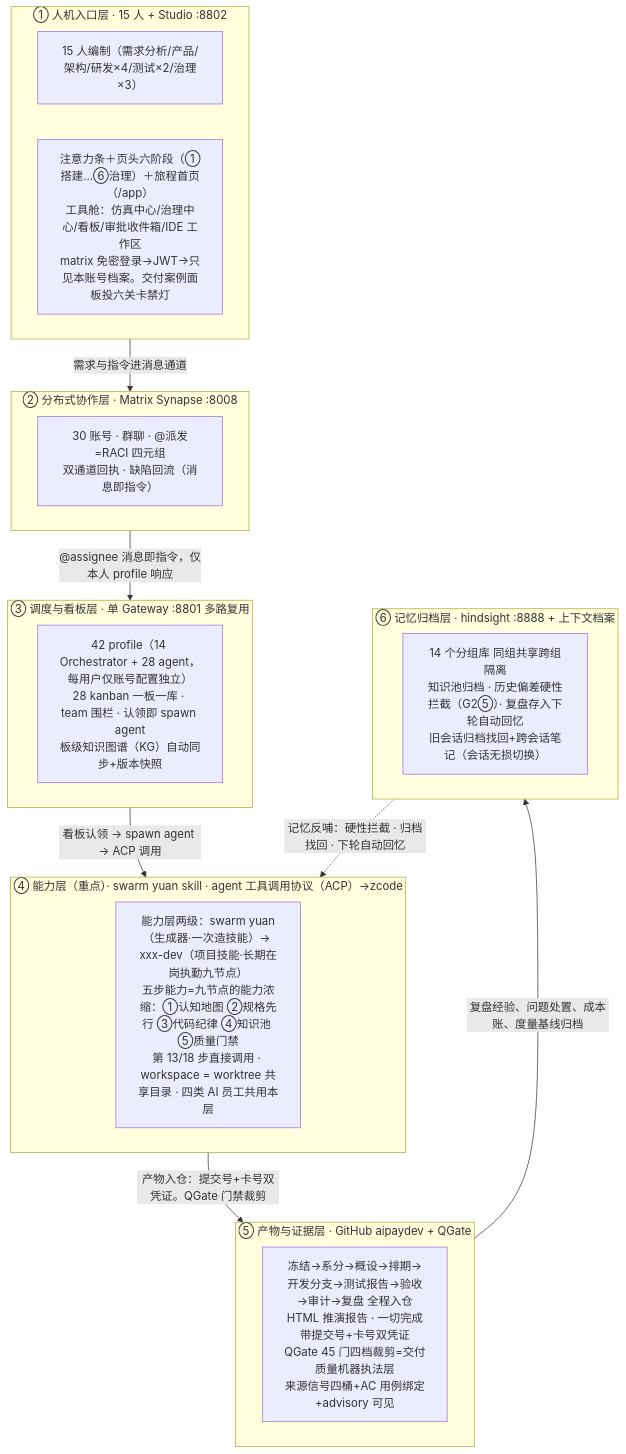
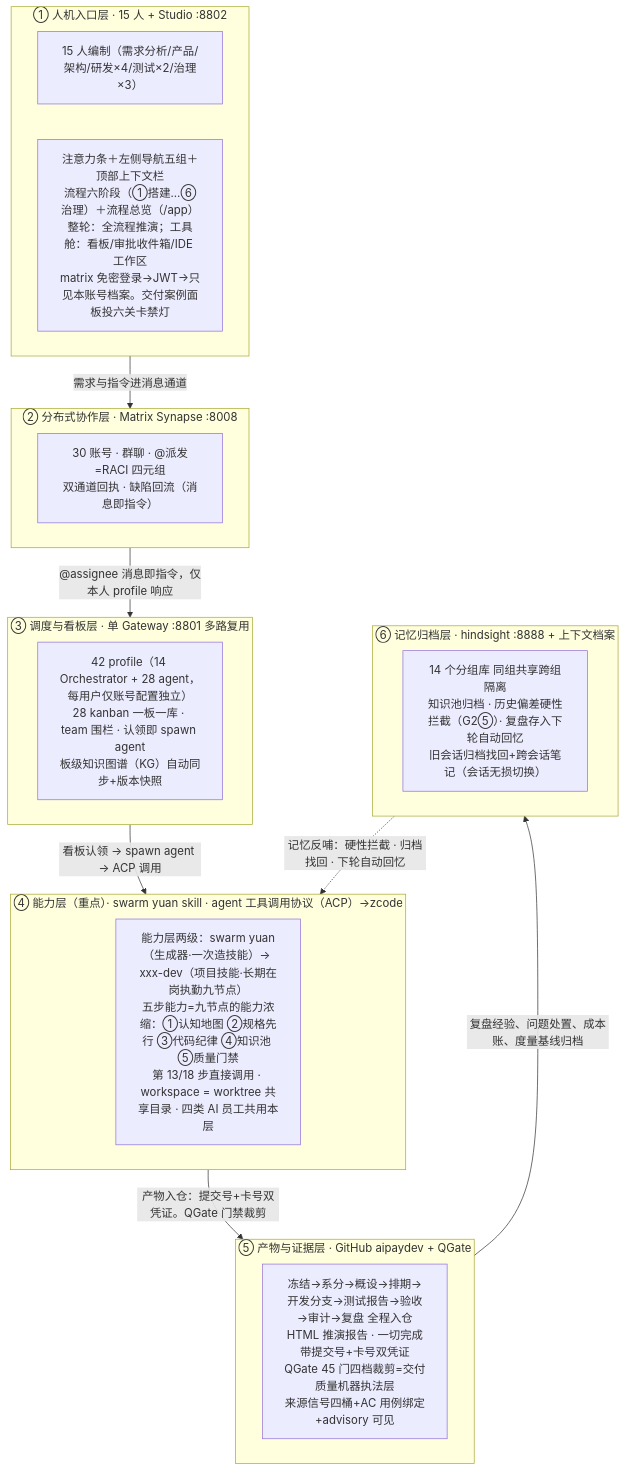
The second of 3 diagrams in docs/superpowers/specs/2026-10-05-mux-v8-fullflow-plan.md (issac-new/AIStudio), drawn with Mermaid before and after one commit. The commit also changed other lines of this file and 2 other files, not shown here.

````diff
--- a/docs/superpowers/specs/2026-10-05-mux-v8-fullflow-plan.md
+++ b/docs/superpowers/specs/2026-10-05-mux-v8-fullflow-plan.md
@@ -377,28 +381,28 @@
 ```mermaid
 graph TB
     subgraph L1["① 人机入口层 · 15 人 + Studio :8802"]
         U["15 人编制（需求分析/产品/架构/研发×4/测试×2/治理×3）"]
-        ST["注意力条＋页头六阶段（①搭建…⑥治理）＋旅程首页（/app）<br/>工具舱：仿真中心/治理中心/看板/审批收件箱/IDE 工作区<br/>matrix 免密登录→JWT→只见本账号档案。交付案例面板投六关卡禁灯"]
+        ST["注意力条＋左侧导航五组＋顶部上下文栏<br/>流程六阶段（①搭建…⑥治理）＋流程总览（/app）<br/>整轮：全流程推演；工具舱：看板/审批收件箱/IDE 工作区<br/>matrix 免密登录→JWT→只见本账号档案。交付案例面板投六关卡禁灯"]
     end
     subgraph L2["② 分布式协作层 · Matrix Synapse :8008"]
         MX["30 账号 · 群聊 · @派发=RACI 四元组<br/>双通道回执 · 缺陷回流（消息即指令）"]
     end
     subgraph L3["③ 调度与看板层 · 单 Gateway :8801 多路复用"]
         GW["42 profile（14 Orchestrator + 28 agent，每用户仅账号配置独立）<br/>28 kanban 一板一库 · team 围栏 · 认领即 spawn agent<br/>板级知识图谱（KG）自动同步+版本快照"]
     end
     subgraph L4["④ 能力层（重点）· swarm yuan skill · agent 工具调用协议（ACP）→zcode"]
         SK["能力层两级：swarm yuan（生成器·一次造技能）→ xxx-dev（项目技能·长期在岗执勤九节点）<br/>五步能力=九节点的能力浓缩：①认知地图 ②规格先行 ③代码纪律 ④知识池 ⑤质量门禁<br/>第 13/18 步直接调用 · workspace = worktree 共享目录 · 四类 AI 员工共用本层"]
     end
     subgraph L5["⑤ 产物与证据层 · GitHub aipaydev + QGate"]
         ART["冻结→系分→概设→排期→开发分支→测试报告→验收→审计→复盘 全程入仓<br/>HTML 推演报告 · 一切完成带提交号+卡号双凭证<br/>QGate 45 门四档裁剪=交付质量机器执法层<br/>来源信号四桶+AC 用例绑定+advisory 可见"]
     end
     subgraph L6["⑥ 记忆归档层 · hindsight :8888 + 上下文档案"]
         MEM["14 个分组库 同组共享跨组隔离<br/>知识池归档 · 历史偏差硬性拦截（G2⑤）· 复盘存入下轮自动回忆<br/>旧会话归档找回+跨会话笔记（会话无损切换）"]
     end
     L1 -->|"需求与指令进消息通道"| L2
     L2 -->|"@assignee 消息即指令，仅本人 profile 响应"| L3
     L3 -->|"看板认领 → spawn agent → ACP 调用"| L4
     L4 -->|"产物入仓：提交号+卡号双凭证。QGate 门禁裁剪"| L5
     L5 -->|"复盘经验、问题处置、成本账、度量基线归档"| L6
     L6 -.->|"记忆反哺：硬性拦截 · 归档找回 · 下轮自动回忆"| L4
 ```
````
